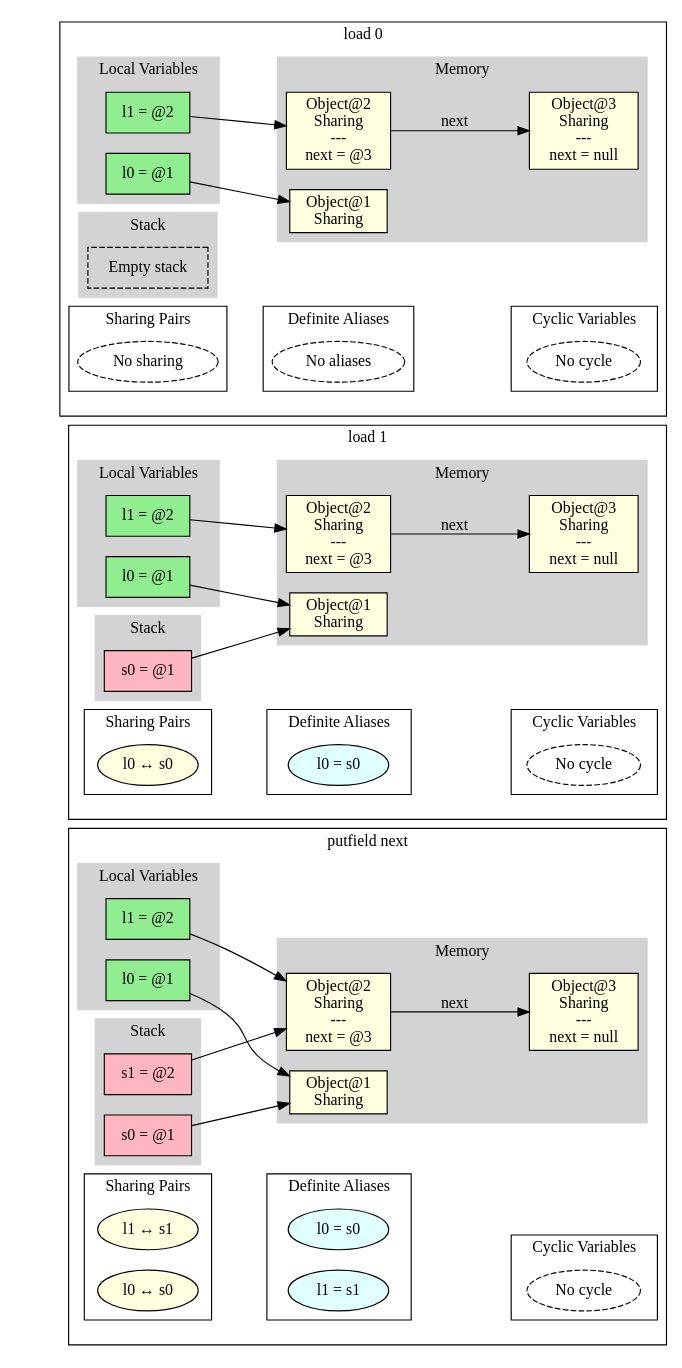
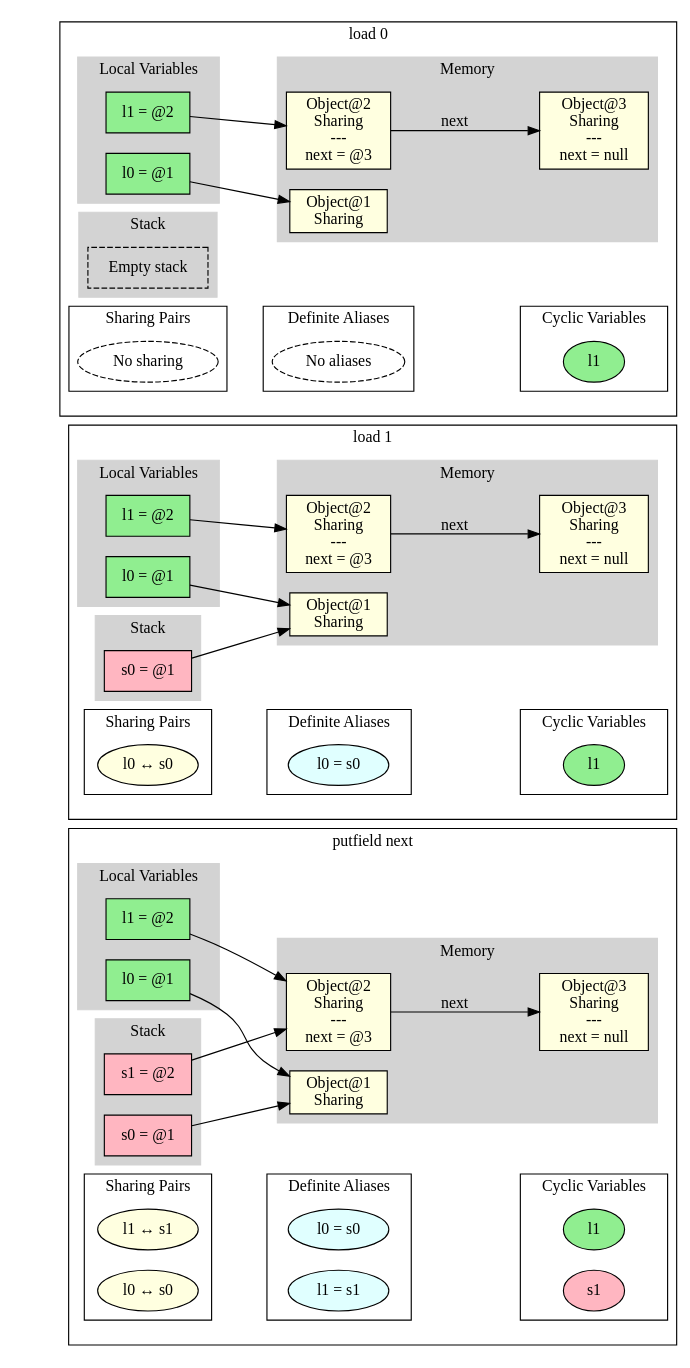
The diagram in generated/Sharing/cyclicity_analysis/memoryGraph_<init>_call3.dot (robotane/BCTerm), drawn with Graphviz before and after one commit. The commit also changed 85 other files, not shown here.

```diff
--- a/generated/Sharing/cyclicity_analysis/memoryGraph_<init>_call3.dot
+++ b/generated/Sharing/cyclicity_analysis/memoryGraph_<init>_call3.dot
@@ -11,199 +11,200 @@
  // Starting point for subgraph ordering
  anchor_start [style=invis, shape=point];
 
- anchor_13373219846116 [style=invis, shape=point];
- anchor_start -> anchor_13373219846116 [style=invis];
- anchor_start = anchor_13373219846116;
+ anchor_530939852755852 [style=invis, shape=point];
+ anchor_start -> anchor_530939852755852 [style=invis];
+ anchor_start = anchor_530939852755852;
 
- subgraph cluster_13373219846116 {
- anchor_13373219846116 [style=invis];
+ subgraph cluster_530939852755852 {
+ anchor_530939852755852 [style=invis];
  label="load 0";
- subgraph cluster_locals_13373219846116 {
+ subgraph cluster_locals_530939852755852 {
  label="Local Variables";
  style=filled;
  color=lightgrey;
  node [style=filled, fillcolor=lightgreen];
- "l0_13373219846116" [label="l0 = @1"];
- "l1_13373219846116" [label="l1 = @2"];
+ "l0_530939852755852" [label="l0 = @1"];
+ "l1_530939852755852" [label="l1 = @2"];
  }
 
- subgraph cluster_stack_13373219846116 {
+ subgraph cluster_stack_530939852755852 {
  label="Stack";
  style=filled;
  color=lightgrey;
  node [style=filled, fillcolor=lightpink];
- "empty_stack_13373219846116" [label="Empty stack", style=dashed, fillcolor=white];
+ "empty_stack_530939852755852" [label="Empty stack", style=dashed, fillcolor=white];
  }
 
- subgraph cluster_memory_13373219846116 {
+ subgraph cluster_memory_530939852755852 {
  label="Memory";
  style=filled;
  color=lightgrey;
  node [style=filled, fillcolor=lightyellow];
- "obj1_13373219846116" [label="Object@1\nSharing"];
- "obj2_13373219846116" [label="Object@2\nSharing\n---\nnext = @3\n"];
- "obj3_13373219846116" [label="Object@3\nSharing\n---\nnext = null\n"];
+ "obj1_530939852755852" [label="Object@1\nSharing"];
+ "obj2_530939852755852" [label="Object@2\nSharing\n---\nnext = @3\n"];
+ "obj3_530939852755852" [label="Object@3\nSharing\n---\nnext = null\n"];
  }
 
- "l0_13373219846116" -> "obj1_13373219846116";
- "l1_13373219846116" -> "obj2_13373219846116";
- "obj2_13373219846116" -> "obj3_13373219846116" [label="next"];
+ "l0_530939852755852" -> "obj1_530939852755852";
+ "l1_530939852755852" -> "obj2_530939852755852";
+ "obj2_530939852755852" -> "obj3_530939852755852" [label="next"];
 
  // Sharing pairs
- subgraph cluster_sharing_13373219846116 {
+ subgraph cluster_sharing_530939852755852 {
  label="Sharing Pairs";
  node [shape=ellipse, style=filled, fillcolor=lightyellow];
- "empty_sharing_13373219846116" [label="No sharing", style=dashed, fillcolor=white];
+ "empty_sharing_530939852755852" [label="No sharing", style=dashed, fillcolor=white];
  }
 
     // Alias pairs
-    subgraph cluster_aliases_13373219846116 {
+    subgraph cluster_aliases_530939852755852 {
       label="Definite Aliases";
       node [shape=ellipse, style=filled, fillcolor=lightcyan];
-      "empty_alias_13373219846116" [label="No aliases", style=dashed, fillcolor=white];
+      "empty_alias_530939852755852" [label="No aliases", style=dashed, fillcolor=white];
     }
 
  // Cyclic variables
- subgraph cluster_cyclic_13373219846116 {
+ subgraph cluster_cyclic_530939852755852 {
  label="Cyclic Variables";
  node [shape=ellipse];
- "empty_cyclic_13373219846116" [label="No cycle", style=dashed, fillcolor=white];
+ "cyclic0_530939852755852" [label="l1", style=filled, fillcolor=lightgreen];
  }
  // Invisible edge for horizontal alignment
- "empty_sharing_13373219846116" -> "empty_alias_13373219846116" [style=invis, weight=10];
+ "empty_sharing_530939852755852" -> "empty_alias_530939852755852" [style=invis, weight=10];
  // Invisible edge for horizontal alignment
- "empty_alias_13373219846116" -> "empty_cyclic_13373219846116" [style=invis, weight=10];
+ "empty_alias_530939852755852" -> "cyclic0_530939852755852" [style=invis, weight=10];
  }
- anchor_13373220329051 [style=invis, shape=point];
- anchor_start -> anchor_13373220329051 [style=invis];
- anchor_start = anchor_13373220329051;
+ anchor_530939854834525 [style=invis, shape=point];
+ anchor_start -> anchor_530939854834525 [style=invis];
+ anchor_start = anchor_530939854834525;
 
- subgraph cluster_13373220329051 {
- anchor_13373220329051 [style=invis];
+ subgraph cluster_530939854834525 {
+ anchor_530939854834525 [style=invis];
  label="load 1";
- subgraph cluster_locals_13373220329051 {
+ subgraph cluster_locals_530939854834525 {
  label="Local Variables";
  style=filled;
  color=lightgrey;
  node [style=filled, fillcolor=lightgreen];
- "l0_13373220329051" [label="l0 = @1"];
- "l1_13373220329051" [label="l1 = @2"];
+ "l0_530939854834525" [label="l0 = @1"];
+ "l1_530939854834525" [label="l1 = @2"];
  }
 
- subgraph cluster_stack_13373220329051 {
+ subgraph cluster_stack_530939854834525 {
  label="Stack";
  style=filled;
  color=lightgrey;
  node [style=filled, fillcolor=lightpink];
- "s0_13373220329051" [label="s0 = @1"];
+ "s0_530939854834525" [label="s0 = @1"];
  }
 
- subgraph cluster_memory_13373220329051 {
+ subgraph cluster_memory_530939854834525 {
  label="Memory";
  style=filled;
  color=lightgrey;
  node [style=filled, fillcolor=lightyellow];
- "obj1_13373220329051" [label="Object@1\nSharing"];
- "obj2_13373220329051" [label="Object@2\nSharing\n---\nnext = @3\n"];
- "obj3_13373220329051" [label="Object@3\nSharing\n---\nnext = null\n"];
+ "obj1_530939854834525" [label="Object@1\nSharing"];
+ "obj2_530939854834525" [label="Object@2\nSharing\n---\nnext = @3\n"];
+ "obj3_530939854834525" [label="Object@3\nSharing\n---\nnext = null\n"];
  }
 
- "l0_13373220329051" -> "obj1_13373220329051";
- "l1_13373220329051" -> "obj2_13373220329051";
- "s0_13373220329051" -> "obj1_13373220329051";
- "obj2_13373220329051" -> "obj3_13373220329051" [label="next"];
+ "l0_530939854834525" -> "obj1_530939854834525";
+ "l1_530939854834525" -> "obj2_530939854834525";
+ "s0_530939854834525" -> "obj1_530939854834525";
+ "obj2_530939854834525" -> "obj3_530939854834525" [label="next"];
 
  // Sharing pairs
- subgraph cluster_sharing_13373220329051 {
+ subgraph cluster_sharing_530939854834525 {
  label="Sharing Pairs";
  node [shape=ellipse, style=filled, fillcolor=lightyellow];
- "pair0_13373220329051" [label="l0 ↔ s0"];
+ "pair0_530939854834525" [label="l0 ↔ s0"];
  }
 
     // Alias pairs
-    subgraph cluster_aliases_13373220329051 {
+    subgraph cluster_aliases_530939854834525 {
       label="Definite Aliases";
       node [shape=ellipse, style=filled, fillcolor=lightcyan];
-      "alias0_13373220329051" [label="l0 = s0"];
+      "alias0_530939854834525" [label="l0 = s0"];
     }
 
  // Cyclic variables
- subgraph cluster_cyclic_13373220329051 {
+ subgraph cluster_cyclic_530939854834525 {
  label="Cyclic Variables";
  node [shape=ellipse];
- "empty_cyclic_13373220329051" [label="No cycle", style=dashed, fillcolor=white];
+ "cyclic0_530939854834525" [label="l1", style=filled, fillcolor=lightgreen];
  }
  // Invisible edge for horizontal alignment
- "pair0_13373220329051" -> "alias0_13373220329051" [style=invis, weight=10];
+ "pair0_530939854834525" -> "alias0_530939854834525" [style=invis, weight=10];
  // Invisible edge for horizontal alignment
- "alias0_13373220329051" -> "empty_cyclic_13373220329051" [style=invis, weight=10];
+ "alias0_530939854834525" -> "cyclic0_530939854834525" [style=invis, weight=10];
  }
- anchor_13373222376335 [style=invis, shape=point];
- anchor_start -> anchor_13373222376335 [style=invis];
- anchor_start = anchor_13373222376335;
+ anchor_530939857157101 [style=invis, shape=point];
+ anchor_start -> anchor_530939857157101 [style=invis];
+ anchor_start = anchor_530939857157101;
 
- subgraph cluster_13373222376335 {
- anchor_13373222376335 [style=invis];
+ subgraph cluster_530939857157101 {
+ anchor_530939857157101 [style=invis];
  label="putfield next";
- subgraph cluster_locals_13373222376335 {
+ subgraph cluster_locals_530939857157101 {
  label="Local Variables";
  style=filled;
  color=lightgrey;
  node [style=filled, fillcolor=lightgreen];
- "l0_13373222376335" [label="l0 = @1"];
- "l1_13373222376335" [label="l1 = @2"];
+ "l0_530939857157101" [label="l0 = @1"];
+ "l1_530939857157101" [label="l1 = @2"];
  }
 
- subgraph cluster_stack_13373222376335 {
+ subgraph cluster_stack_530939857157101 {
  label="Stack";
  style=filled;
  color=lightgrey;
  node [style=filled, fillcolor=lightpink];
- "s0_13373222376335" [label="s0 = @1"];
- "s1_13373222376335" [label="s1 = @2"];
+ "s0_530939857157101" [label="s0 = @1"];
+ "s1_530939857157101" [label="s1 = @2"];
  }
 
- subgraph cluster_memory_13373222376335 {
+ subgraph cluster_memory_530939857157101 {
  label="Memory";
  style=filled;
  color=lightgrey;
  node [style=filled, fillcolor=lightyellow];
- "obj1_13373222376335" [label="Object@1\nSharing"];
- "obj2_13373222376335" [label="Object@2\nSharing\n---\nnext = @3\n"];
- "obj3_13373222376335" [label="Object@3\nSharing\n---\nnext = null\n"];
+ "obj1_530939857157101" [label="Object@1\nSharing"];
+ "obj2_530939857157101" [label="Object@2\nSharing\n---\nnext = @3\n"];
+ "obj3_530939857157101" [label="Object@3\nSharing\n---\nnext = null\n"];
  }
 
- "l0_13373222376335" -> "obj1_13373222376335";
- "l1_13373222376335" -> "obj2_13373222376335";
- "s0_13373222376335" -> "obj1_13373222376335";
- "s1_13373222376335" -> "obj2_13373222376335";
- "obj2_13373222376335" -> "obj3_13373222376335" [label="next"];
+ "l0_530939857157101" -> "obj1_530939857157101";
+ "l1_530939857157101" -> "obj2_530939857157101";
+ "s0_530939857157101" -> "obj1_530939857157101";
+ "s1_530939857157101" -> "obj2_530939857157101";
+ "obj2_530939857157101" -> "obj3_530939857157101" [label="next"];
 
  // Sharing pairs
- subgraph cluster_sharing_13373222376335 {
+ subgraph cluster_sharing_530939857157101 {
  label="Sharing Pairs";
  node [shape=ellipse, style=filled, fillcolor=lightyellow];
- "pair0_13373222376335" [label="l1 ↔ s1"];
- "pair1_13373222376335" [label="l0 ↔ s0"];
+ "pair0_530939857157101" [label="l1 ↔ s1"];
+ "pair1_530939857157101" [label="l0 ↔ s0"];
  }
 
     // Alias pairs
-    subgraph cluster_aliases_13373222376335 {
+    subgraph cluster_aliases_530939857157101 {
       label="Definite Aliases";
       node [shape=ellipse, style=filled, fillcolor=lightcyan];
-      "alias0_13373222376335" [label="l0 = s0"];
-      "alias1_13373222376335" [label="l1 = s1"];
+      "alias0_530939857157101" [label="l0 = s0"];
+      "alias1_530939857157101" [label="l1 = s1"];
     }
 
  // Cyclic variables
- subgraph cluster_cyclic_13373222376335 {
+ subgraph cluster_cyclic_530939857157101 {
  label="Cyclic Variables";
  node [shape=ellipse];
- "empty_cyclic_13373222376335" [label="No cycle", style=dashed, fillcolor=white];
+ "cyclic0_530939857157101" [label="l1", style=filled, fillcolor=lightgreen];
+ "cyclic1_530939857157101" [label="s1", style=filled, fillcolor=lightpink];
  }
  // Invisible edge for horizontal alignment
- "pair1_13373222376335" -> "alias1_13373222376335" [style=invis, weight=10];
+ "pair1_530939857157101" -> "alias1_530939857157101" [style=invis, weight=10];
  // Invisible edge for horizontal alignment
- "alias1_13373222376335" -> "empty_cyclic_13373222376335" [style=invis, weight=10];
+ "alias1_530939857157101" -> "cyclic1_530939857157101" [style=invis, weight=10];
  }
 }
```
